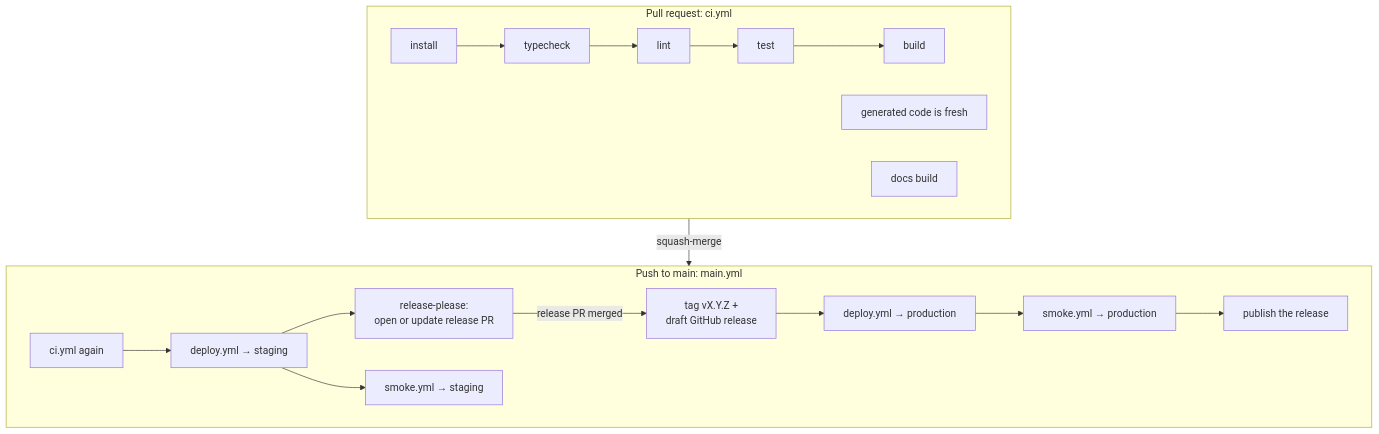
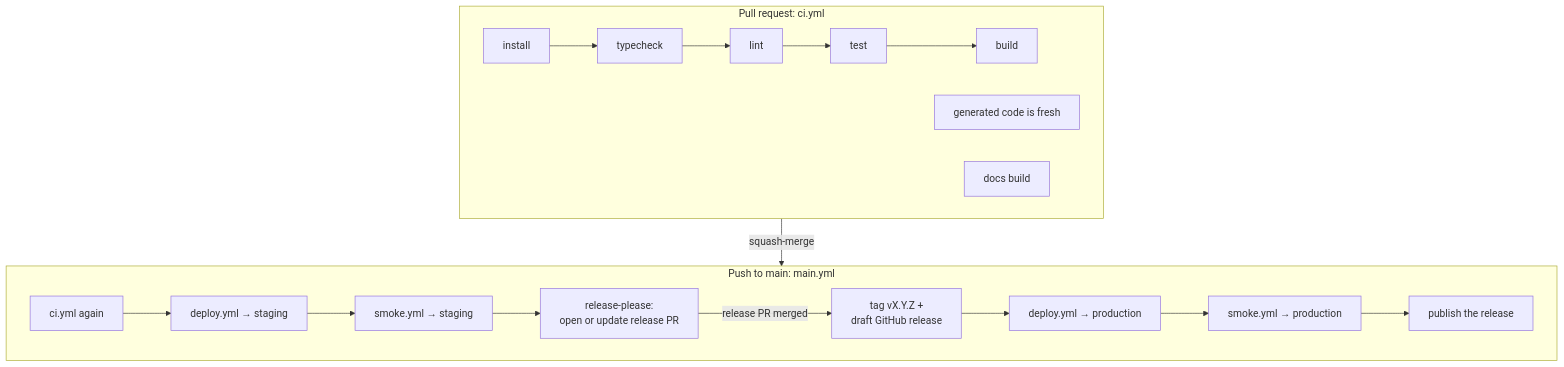
The diagram in docs/delivery/ci-cd.md (alilibx/agentic-development-workflow), drawn with Mermaid before and after one commit. The commit also changed other lines of this file and 2 other files, not shown here.

First line of the commit message:
fix(workflows): release waits for the staging smoke test, which runs even when the staging deploy failed (ADA-379)

````diff
--- a/docs/delivery/ci-cd.md
+++ b/docs/delivery/ci-cd.md
@@ -7,15 +7,14 @@
 ```mermaid
 flowchart TB
   subgraph PR["Pull request: ci.yml"]
     A[install] --> B[typecheck] --> C[lint] --> D[test] --> E[build]
     F[generated code is fresh]
     G[docs build]
   end
   subgraph MAIN["Push to main: main.yml"]
-    H[ci.yml again] --> I["deploy.yml → staging"] --> J["release-please:<br/>open or update release PR"]
-    I --> SS["smoke.yml → staging"]
+    H[ci.yml again] --> I["deploy.yml → staging"] --> SS["smoke.yml → staging"] --> J["release-please:<br/>open or update release PR"]
     J -->|"release PR merged"| K["tag vX.Y.Z +<br/>draft GitHub release"] --> L["deploy.yml → production"]
     L --> SP["smoke.yml → production"] --> PUB["publish the release"]
   end
   PR -->|squash-merge| MAIN
 ```
````
